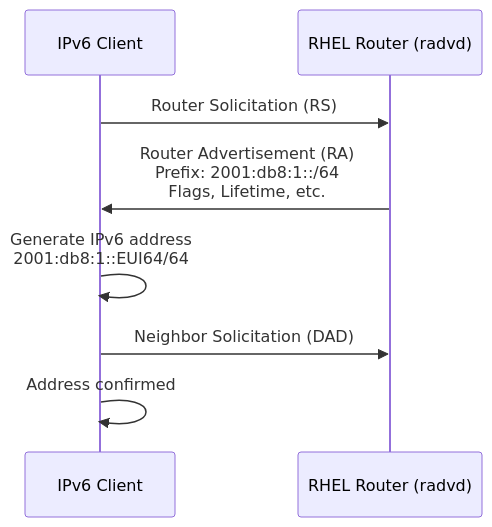
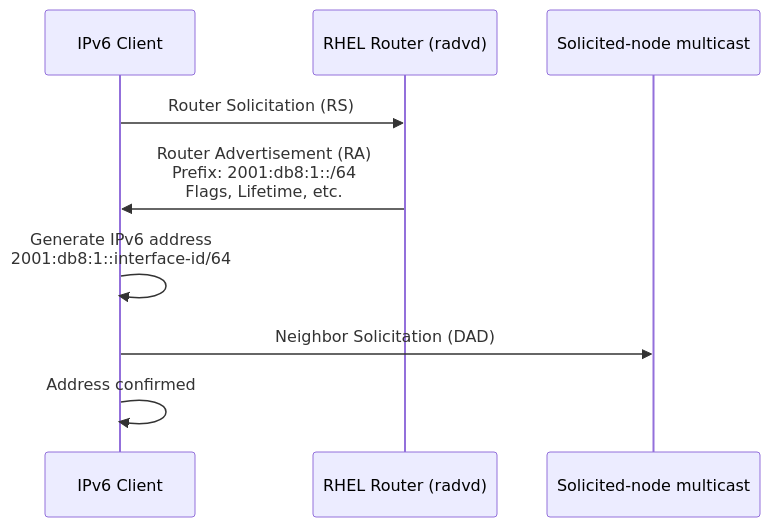
The diagram in posts/2026-03-04-configure-ipv6-router-advertisements-rhel-9/README.md (OneUptime/blog), drawn with Mermaid before and after one commit. The commit also changed other lines of this file and 2 other files, not shown here.

Commit message:
validate: 2026-03-04-configure-ipv6-router-advertisements-rhel-9

````diff
--- a/posts/2026-03-04-configure-ipv6-router-advertisements-rhel-9/README.md
+++ b/posts/2026-03-04-configure-ipv6-router-advertisements-rhel-9/README.md
@@ -17,10 +17,11 @@
 ```mermaid
 sequenceDiagram
     participant Client as IPv6 Client
     participant Router as RHEL Router (radvd)
+    participant Network as Solicited-node multicast
     Client->>Router: Router Solicitation (RS)
     Router->>Client: Router Advertisement (RA)<br>Prefix: 2001:db8:1::/64<br>Flags, Lifetime, etc.
-    Client->>Client: Generate IPv6 address<br>2001:db8:1::EUI64/64
-    Client->>Router: Neighbor Solicitation (DAD)
+    Client->>Client: Generate IPv6 address<br>2001:db8:1::interface-id/64
+    Client->>Network: Neighbor Solicitation (DAD)
     Client->>Client: Address confirmed
 ```
````
